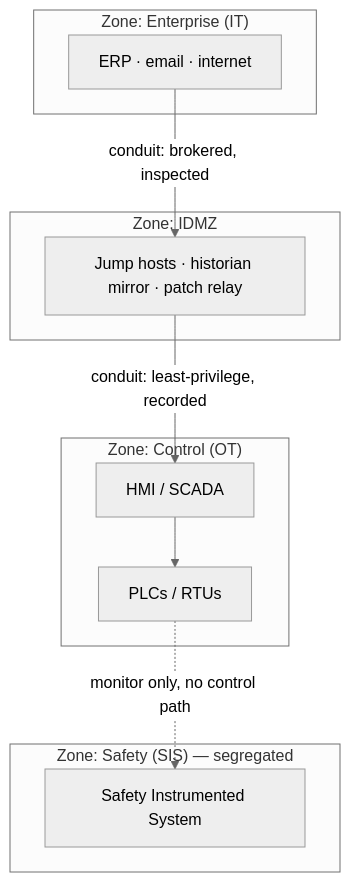
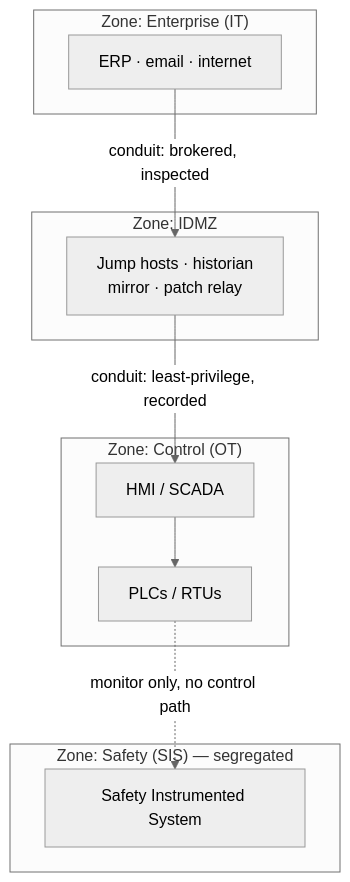
The first of 2 diagrams in certs/ceh/ot-security/04-defense.md (morandeirachema/CyberCerts), drawn with Mermaid (neutral theme) before and after one commit. The commit also changed 106 other files, not shown here.

````diff
--- a/certs/ceh/ot-security/04-defense.md
+++ b/certs/ceh/ot-security/04-defense.md
@@ -13,20 +13,20 @@
 ```mermaid
 flowchart TB
     subgraph Z_IT["Zone: Enterprise (IT)"]
         IT["ERP · email · internet"]
     end
     subgraph Z_DMZ["Zone: IDMZ"]
-        JH["Jump hosts · historian mirror · patch relay"]
+        JH["Jump hosts · historian<br/>mirror · patch relay"]
     end
     subgraph Z_CTRL["Zone: Control (OT)"]
         HMI["HMI / SCADA"]
         PLC["PLCs / RTUs"]
     end
     subgraph Z_SIS["Zone: Safety (SIS) — segregated"]
         SIS["Safety Instrumented System"]
     end
     IT -- "conduit: brokered, inspected" --> JH
     JH -- "conduit: least-privilege, recorded" --> HMI
     HMI --> PLC
     PLC -. "monitor only, no control path" .-> SIS
 ```
````
